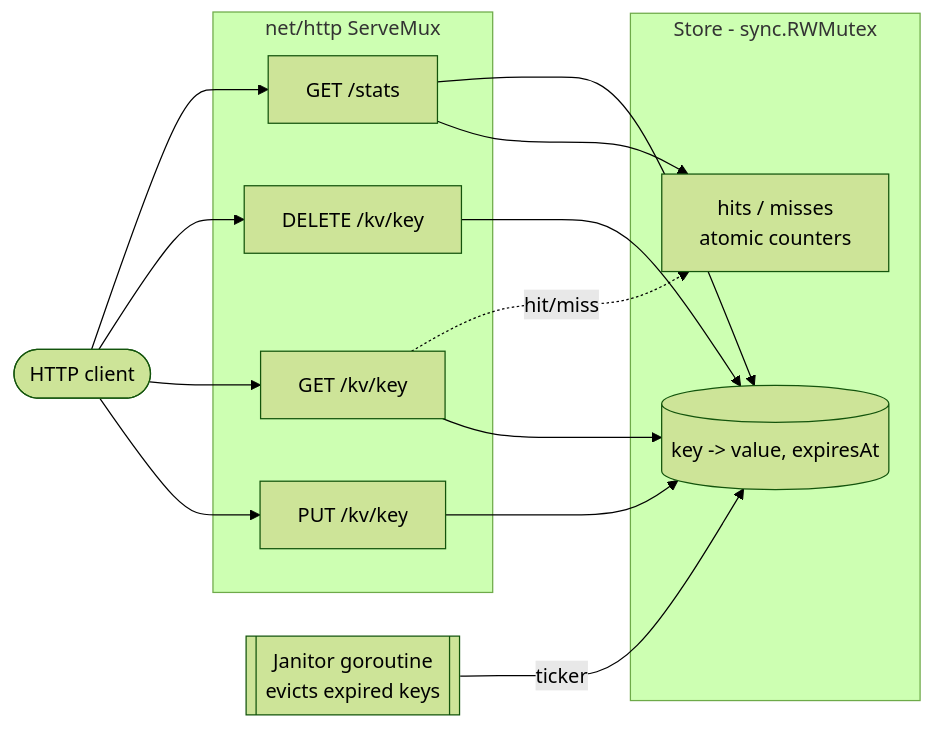
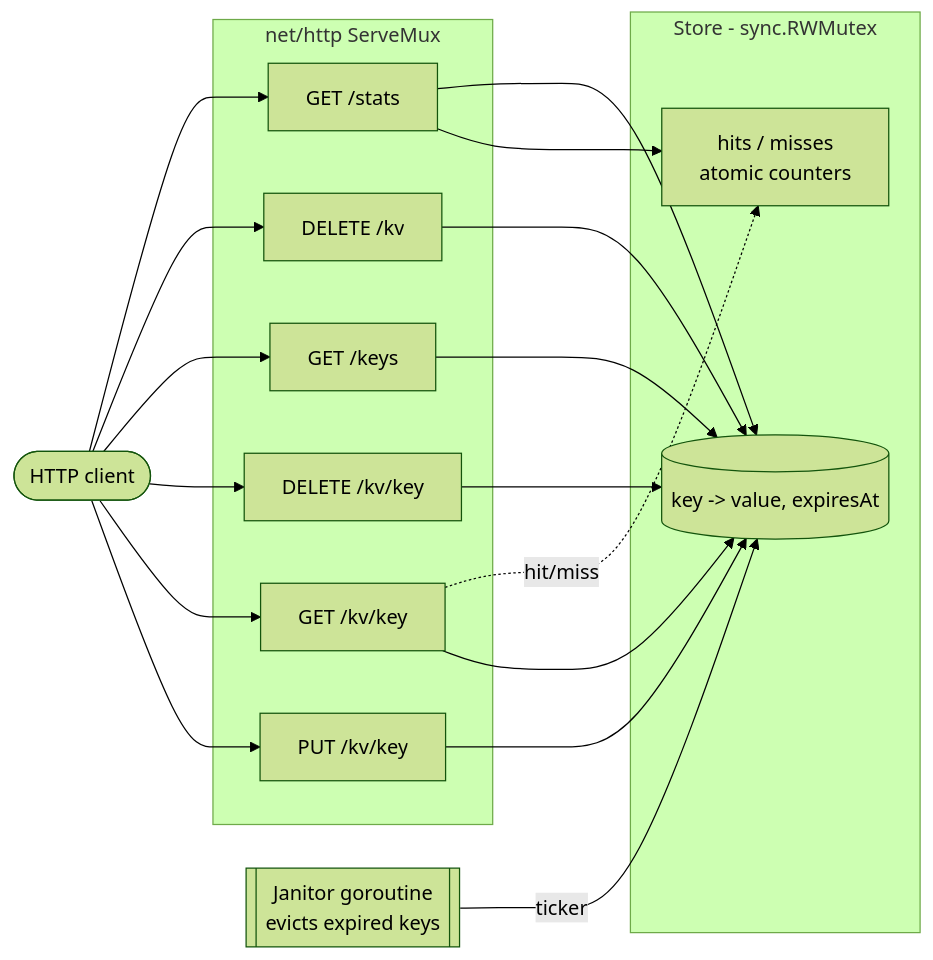
One commit to geoggrigori/ttlcache changed the diagram in README.md. Above: the diagram before and after it, drawn with Mermaid (forest theme). The commit also changed other lines of this file, not shown here.

Commit message:
docs: document /keys and flush endpoints

````diff
--- a/README.md
+++ b/README.md
@@ -27,26 +27,30 @@
 ```mermaid
 flowchart LR
     client([HTTP client])
 
     subgraph srv[net/http ServeMux]
         put[PUT /kv/key]
         get[GET /kv/key]
         del[DELETE /kv/key]
+        keys[GET /keys]
+        flush[DELETE /kv]
         stats[GET /stats]
     end
 
     subgraph store[Store - sync.RWMutex]
         m[(key -> value, expiresAt)]
         counters[hits / misses<br/>atomic counters]
     end
 
     janitor[[Janitor goroutine<br/>evicts expired keys]]
 
     client --> put --> m
     client --> get --> m
     get -. hit/miss .-> counters
     client --> del --> m
+    client --> keys --> m
+    client --> flush --> m
     client --> stats --> counters
     stats --> m
     janitor -- ticker --> m
 ```
````
